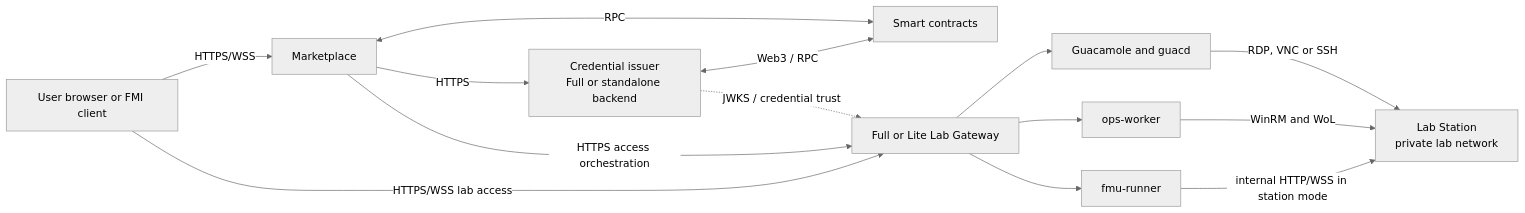
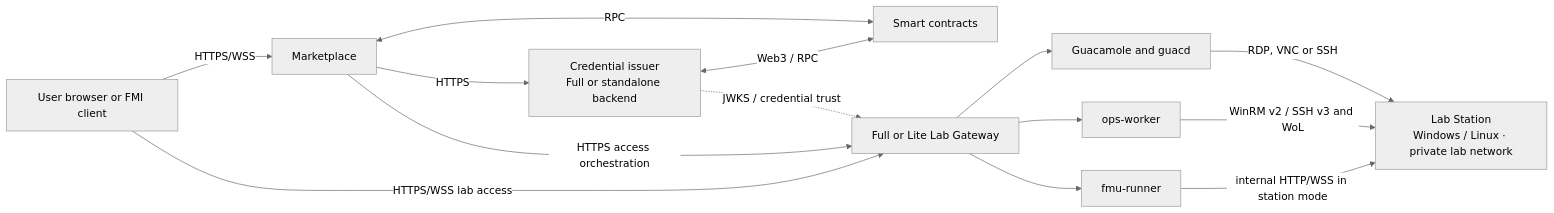
One commit to DecentraLabsCom/Lab-Gateway changed the diagram in docs/workflows/laboratory-connectivity.md. Above: the diagram before and after it, drawn with Mermaid (neutral theme). The commit also changed other lines of this file and 80 other files, not shown here.

Commit message:
feat: add Linux Lab Station gateway support

````diff
--- a/docs/workflows/laboratory-connectivity.md
+++ b/docs/workflows/laboratory-connectivity.md
@@ -30,26 +30,26 @@
 ```mermaid
 flowchart LR
     User["User browser or FMI client"]
     Marketplace[Marketplace]
     Chain[Smart contracts]
     Edge[Full or Lite Lab Gateway]
     Backend["Credential issuer<br/>Full or standalone backend"]
     Guac[Guacamole and guacd]
     Ops[ops-worker]
     Fmu[fmu-runner]
-    Station["Lab Station<br/>private lab network"]
+    Station["Lab Station<br/>Windows / Linux · private lab network"]
 
     User -->|HTTPS/WSS| Marketplace
     Marketplace <-->|RPC| Chain
     Marketplace -->|HTTPS| Backend
     Marketplace -->|HTTPS access orchestration| Edge
     User -->|HTTPS/WSS lab access| Edge
     Backend <-->|Web3 / RPC| Chain
     Backend -. JWKS / credential trust .-> Edge
     Edge --> Guac
     Edge --> Ops
     Edge --> Fmu
     Guac -->|RDP, VNC or SSH| Station
-    Ops -->|WinRM and WoL| Station
+    Ops -->|WinRM v2 / SSH v3 and WoL| Station
     Fmu -->|internal HTTP/WSS in station mode| Station
 ```
````
